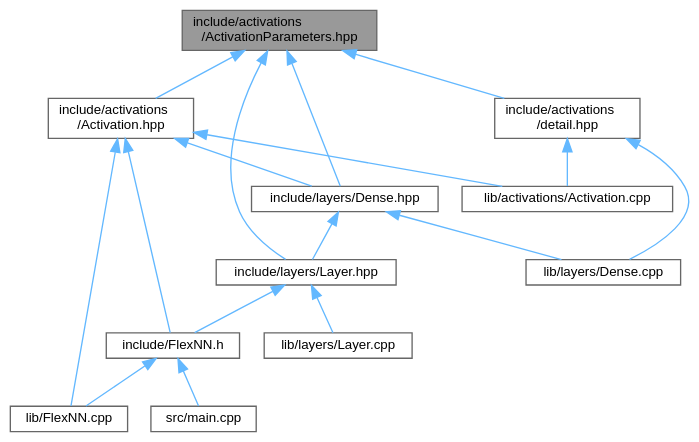
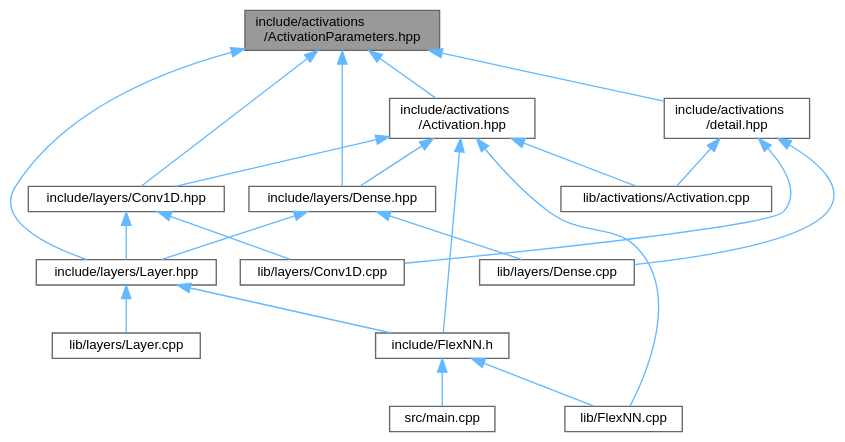
The diagram in ActivationParameters_8hpp__dep__incl.dot (Nalin-Angrish/FlexNN), drawn with Graphviz before and after one commit. The commit also changed 99 other files, not shown here.

```diff
--- a/ActivationParameters_8hpp__dep__incl.dot
+++ b/ActivationParameters_8hpp__dep__incl.dot
@@ -1,34 +1,41 @@
 digraph "include/activations/ActivationParameters.hpp"
 {
  // LATEX_PDF_SIZE
   bgcolor="transparent";
   edge [fontname=Helvetica,fontsize=10,labelfontname=Helvetica,labelfontsize=10];
   node [fontname=Helvetica,fontsize=10,shape=box,height=0.2,width=0.4];
   Node1 [id="Node000001",label="include/activations\l/ActivationParameters.hpp",height=0.2,width=0.4,color="gray40", fillcolor="grey60", style="filled", fontcolor="black",tooltip="Per-activation hyperparameters for FlexNN::Activations."];
   Node1 -> Node2 [id="edge1_Node000001_Node000002",dir="back",color="steelblue1",style="solid",tooltip=" "];
   Node2 [id="Node000002",label="include/activations\l/Activation.hpp",height=0.2,width=0.4,color="grey40", fillcolor="white", style="filled",URL="$Activation_8hpp.html",tooltip="Public activation enum and helpers for FlexNN."];
   Node2 -> Node3 [id="edge2_Node000002_Node000003",dir="back",color="steelblue1",style="solid",tooltip=" "];
   Node3 [id="Node000003",label="include/FlexNN.h",height=0.2,width=0.4,color="grey40", fillcolor="white", style="filled",URL="$FlexNN_8h.html",tooltip="Header for FlexNN neural network (heterogeneous stack via Layers::Layer)."];
   Node3 -> Node4 [id="edge3_Node000003_Node000004",dir="back",color="steelblue1",style="solid",tooltip=" "];
   Node4 [id="Node000004",label="lib/FlexNN.cpp",height=0.2,width=0.4,color="grey40", fillcolor="white", style="filled",URL="$FlexNN_8cpp.html",tooltip="Implements FlexNN::NeuralNetwork with heterogeneous Layers::Layer variant."];
   Node3 -> Node5 [id="edge4_Node000003_Node000005",dir="back",color="steelblue1",style="solid",tooltip=" "];
   Node5 [id="Node000005",label="src/main.cpp",height=0.2,width=0.4,color="grey40", fillcolor="white", style="filled",URL="$main_8cpp.html",tooltip="Main file for the MNIST digit recognition example using FlexNN."];
   Node2 -> Node6 [id="edge5_Node000002_Node000006",dir="back",color="steelblue1",style="solid",tooltip=" "];
-  Node6 [id="Node000006",label="include/layers/Dense.hpp",height=0.2,width=0.4,color="grey40", fillcolor="white", style="filled",URL="$Dense_8hpp.html",tooltip="Dense (fully-connected) layer for FlexNN::Layers."];
+  Node6 [id="Node000006",label="include/layers/Conv1D.hpp",height=0.2,width=0.4,color="grey40", fillcolor="white", style="filled",URL="$Conv1D_8hpp.html",tooltip="1D temporal convolution for FlexNN::Layers."];
   Node6 -> Node7 [id="edge6_Node000006_Node000007",dir="back",color="steelblue1",style="solid",tooltip=" "];
   Node7 [id="Node000007",label="include/layers/Layer.hpp",height=0.2,width=0.4,color="grey40", fillcolor="white", style="filled",URL="$Layer_8hpp.html",tooltip="Type-erased wrapper for FlexNN::Layers — heterogeneous stack without inheritance."];
   Node7 -> Node3 [id="edge7_Node000007_Node000003",dir="back",color="steelblue1",style="solid",tooltip=" "];
   Node7 -> Node8 [id="edge8_Node000007_Node000008",dir="back",color="steelblue1",style="solid",tooltip=" "];
   Node8 [id="Node000008",label="lib/layers/Layer.cpp",height=0.2,width=0.4,color="grey40", fillcolor="white", style="filled",URL="$layers_2Layer_8cpp.html",tooltip="Out-of-line helpers for FlexNN::Layers::Layer (currently header-only)."];
   Node6 -> Node9 [id="edge9_Node000006_Node000009",dir="back",color="steelblue1",style="solid",tooltip=" "];
-  Node9 [id="Node000009",label="lib/layers/Dense.cpp",height=0.2,width=0.4,color="grey40", fillcolor="white", style="filled",URL="$Dense_8cpp.html",tooltip="Implements FlexNN::Layers::Dense forward/backward/update."];
-  Node2 -> Node4 [id="edge10_Node000002_Node000004",dir="back",color="steelblue1",style="solid",tooltip=" "];
-  Node2 -> Node10 [id="edge11_Node000002_Node000010",dir="back",color="steelblue1",style="solid",tooltip=" "];
-  Node10 [id="Node000010",label="lib/activations/Activation.cpp",height=0.2,width=0.4,color="grey40", fillcolor="white", style="filled",URL="$Activation_8cpp.html",tooltip="Implements FlexNN::Activations helpers (to_string, try_parse, dispatch)."];
-  Node1 -> Node11 [id="edge12_Node000001_Node000011",dir="back",color="steelblue1",style="solid",tooltip=" "];
-  Node11 [id="Node000011",label="include/activations\l/detail.hpp",height=0.2,width=0.4,color="grey40", fillcolor="white", style="filled",URL="$detail_8hpp.html",tooltip="Convenience re-export for activation detail headers."];
-  Node11 -> Node10 [id="edge13_Node000011_Node000010",dir="back",color="steelblue1",style="solid",tooltip=" "];
-  Node11 -> Node9 [id="edge14_Node000011_Node000009",dir="back",color="steelblue1",style="solid",tooltip=" "];
-  Node1 -> Node6 [id="edge15_Node000001_Node000006",dir="back",color="steelblue1",style="solid",tooltip=" "];
-  Node1 -> Node7 [id="edge16_Node000001_Node000007",dir="back",color="steelblue1",style="solid",tooltip=" "];
+  Node9 [id="Node000009",label="lib/layers/Conv1D.cpp",height=0.2,width=0.4,color="grey40", fillcolor="white", style="filled",URL="$Conv1D_8cpp.html",tooltip="Implements FlexNN::Layers::Conv1D forward/backward/propagate."];
+  Node2 -> Node10 [id="edge10_Node000002_Node000010",dir="back",color="steelblue1",style="solid",tooltip=" "];
+  Node10 [id="Node000010",label="include/layers/Dense.hpp",height=0.2,width=0.4,color="grey40", fillcolor="white", style="filled",URL="$Dense_8hpp.html",tooltip="Dense (fully-connected) layer for FlexNN::Layers."];
+  Node10 -> Node7 [id="edge11_Node000010_Node000007",dir="back",color="steelblue1",style="solid",tooltip=" "];
+  Node10 -> Node11 [id="edge12_Node000010_Node000011",dir="back",color="steelblue1",style="solid",tooltip=" "];
+  Node11 [id="Node000011",label="lib/layers/Dense.cpp",height=0.2,width=0.4,color="grey40", fillcolor="white", style="filled",URL="$Dense_8cpp.html",tooltip="Implements FlexNN::Layers::Dense forward/backward/update."];
+  Node2 -> Node4 [id="edge13_Node000002_Node000004",dir="back",color="steelblue1",style="solid",tooltip=" "];
+  Node2 -> Node12 [id="edge14_Node000002_Node000012",dir="back",color="steelblue1",style="solid",tooltip=" "];
+  Node12 [id="Node000012",label="lib/activations/Activation.cpp",height=0.2,width=0.4,color="grey40", fillcolor="white", style="filled",URL="$Activation_8cpp.html",tooltip="Implements FlexNN::Activations helpers (to_string, try_parse, dispatch)."];
+  Node1 -> Node13 [id="edge15_Node000001_Node000013",dir="back",color="steelblue1",style="solid",tooltip=" "];
+  Node13 [id="Node000013",label="include/activations\l/detail.hpp",height=0.2,width=0.4,color="grey40", fillcolor="white", style="filled",URL="$detail_8hpp.html",tooltip="Convenience re-export for activation detail headers."];
+  Node13 -> Node12 [id="edge16_Node000013_Node000012",dir="back",color="steelblue1",style="solid",tooltip=" "];
+  Node13 -> Node9 [id="edge17_Node000013_Node000009",dir="back",color="steelblue1",style="solid",tooltip=" "];
+  Node13 -> Node11 [id="edge18_Node000013_Node000011",dir="back",color="steelblue1",style="solid",tooltip=" "];
+  Node1 -> Node6 [id="edge19_Node000001_Node000006",dir="back",color="steelblue1",style="solid",tooltip=" "];
+  Node1 -> Node10 [id="edge20_Node000001_Node000010",dir="back",color="steelblue1",style="solid",tooltip=" "];
+  Node1 -> Node7 [id="edge21_Node000001_Node000007",dir="back",color="steelblue1",style="solid",tooltip=" "];
 }
```
